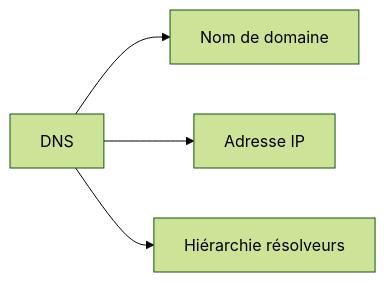
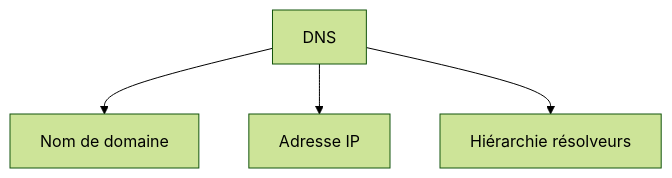
One commit to zyrass/omnydocs changed the ninth of 38 diagrams in docs/glossaire/administration-reseau.md. Above: the diagram before and after it, drawn with Mermaid (forest theme). The commit also changed other lines of this file and 1780 other files, not shown here.

````diff
--- a/docs/glossaire/administration-reseau.md
+++ b/docs/glossaire/administration-reseau.md
@@ -193,6 +233,6 @@
-    ```mermaid
-    graph LR
-        A[DNS] --> B[Nom de domaine]
-        A --> C[Adresse IP]
-        A --> D[Hiérarchie résolveurs]
-    ```
+```mermaid
+graph TB
+    A[DNS] --> B[Nom de domaine]
+    A --> C[Adresse IP]
+    A --> D[Hiérarchie résolveurs]
+```
````
